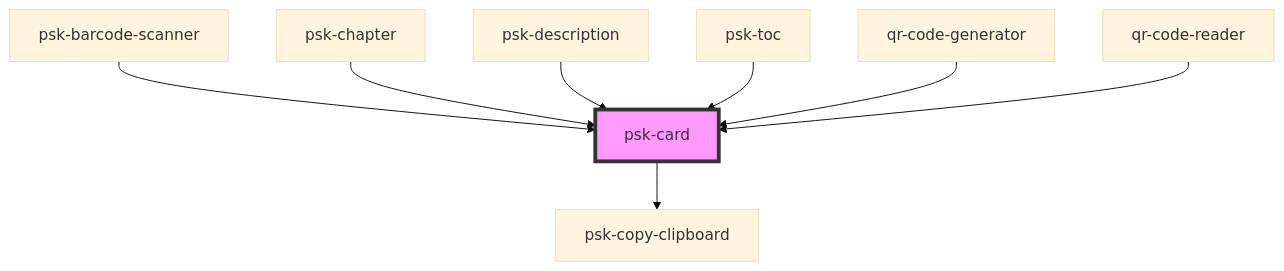
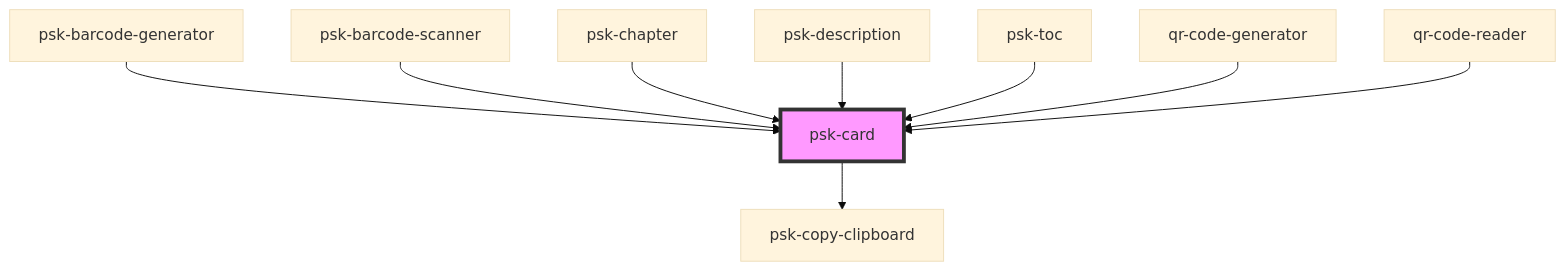
The diagram in src/components/psk-card/readme.md (daniel-visoiu/cardinal), drawn with Mermaid (base theme) before and after one commit. The commit also changed other lines of this file and 3 other files, not shown here.

Commit message:
psk-barcode-generator work in progress

````diff
--- a/src/components/psk-card/readme.md
+++ b/src/components/psk-card/readme.md
@@ -32,11 +33,12 @@
 ```mermaid
 graph TD;
   psk-card --> psk-copy-clipboard
+  psk-barcode-generator --> psk-card
   psk-barcode-scanner --> psk-card
   psk-chapter --> psk-card
   psk-description --> psk-card
   psk-toc --> psk-card
   qr-code-generator --> psk-card
   qr-code-reader --> psk-card
   style psk-card fill:#f9f,stroke:#333,stroke-width:4px
 ```
````
